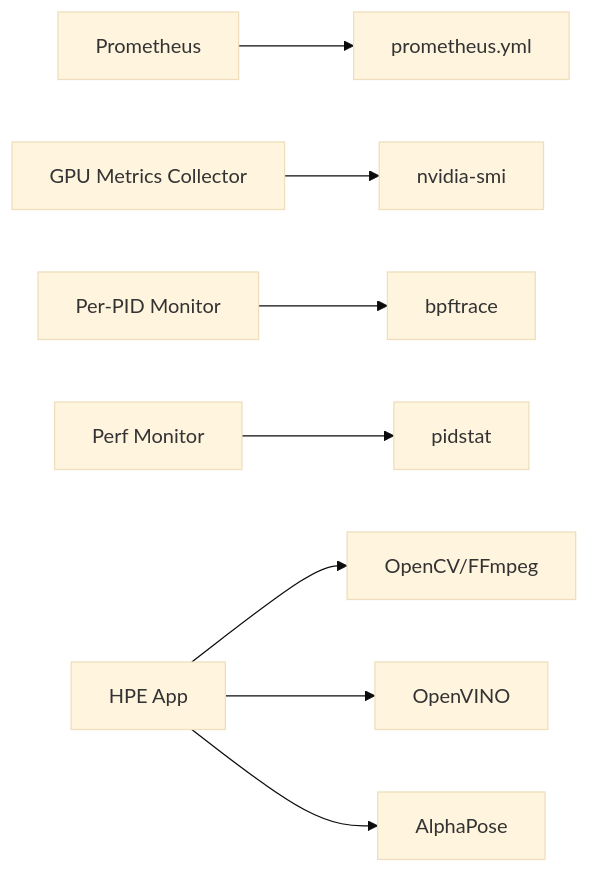
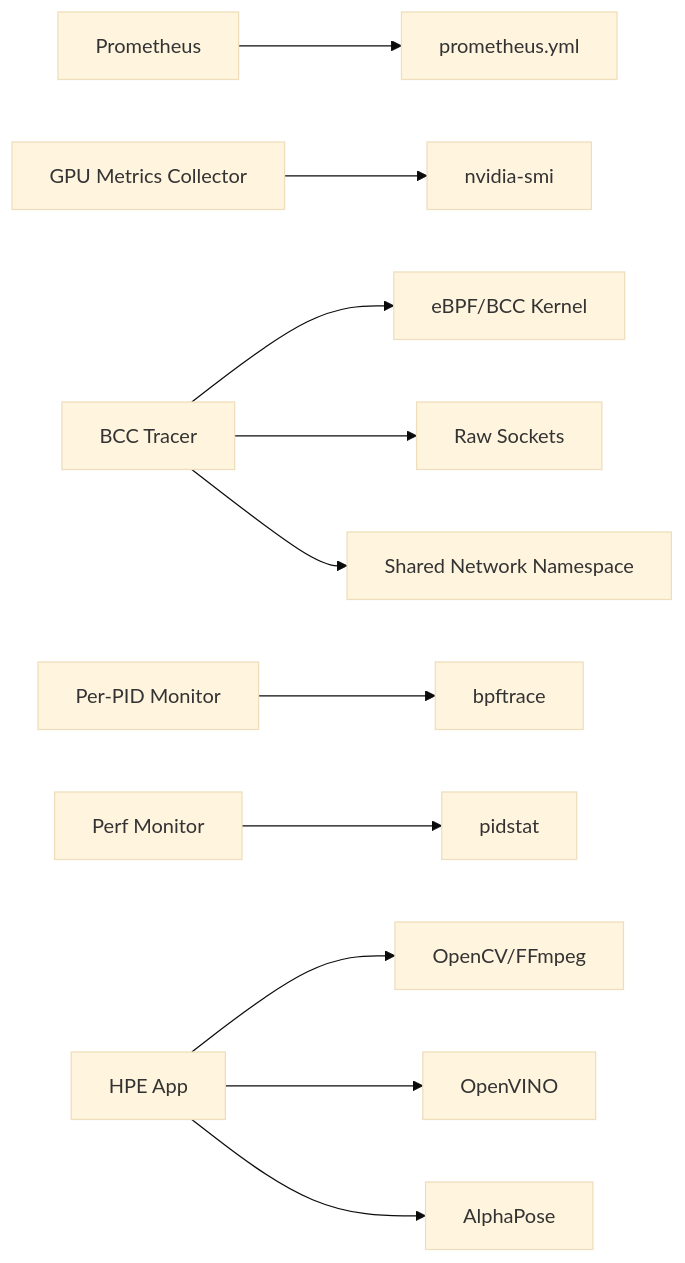
One commit to Fogus-Gr/MeasurementsDTs changed the eighth of 8 diagrams in .qoder/repowiki/en/content/Monitoring and Analytics/Metrics Collection.md. Above: the diagram before and after it, drawn with Mermaid (base theme). The commit also changed other lines of this file and 14 other files, not shown here.

````diff
--- a/.qoder/repowiki/en/content/Monitoring and Analytics/Metrics Collection.md
+++ b/.qoder/repowiki/en/content/Monitoring and Analytics/Metrics Collection.md
@@ -283,10 +390,13 @@
 ```mermaid
 graph LR
 PR["Prometheus"] --> CFG["prometheus.yml"]
 GM["GPU Metrics Collector"] --> NSMI["nvidia-smi"]
-PMH["Per-PID Monitor"] --> BPF["bpftrace"]
+BT["BCC Tracer"] --> BPF["eBPF/BCC Kernel"]
+BT --> RAW["Raw Sockets"]
+BT --> SHARED["Shared Network Namespace"]
+PMH["Per-PID Monitor"] --> BPFTRACE["bpftrace"]
 PMR["Perf Monitor"] --> PS["pidstat"]
 HPE["HPE App"] --> CAP["OpenCV/FFmpeg"]
 HPE --> OV["OpenVINO"]
 HPE --> AP["AlphaPose"]
 ```
````
